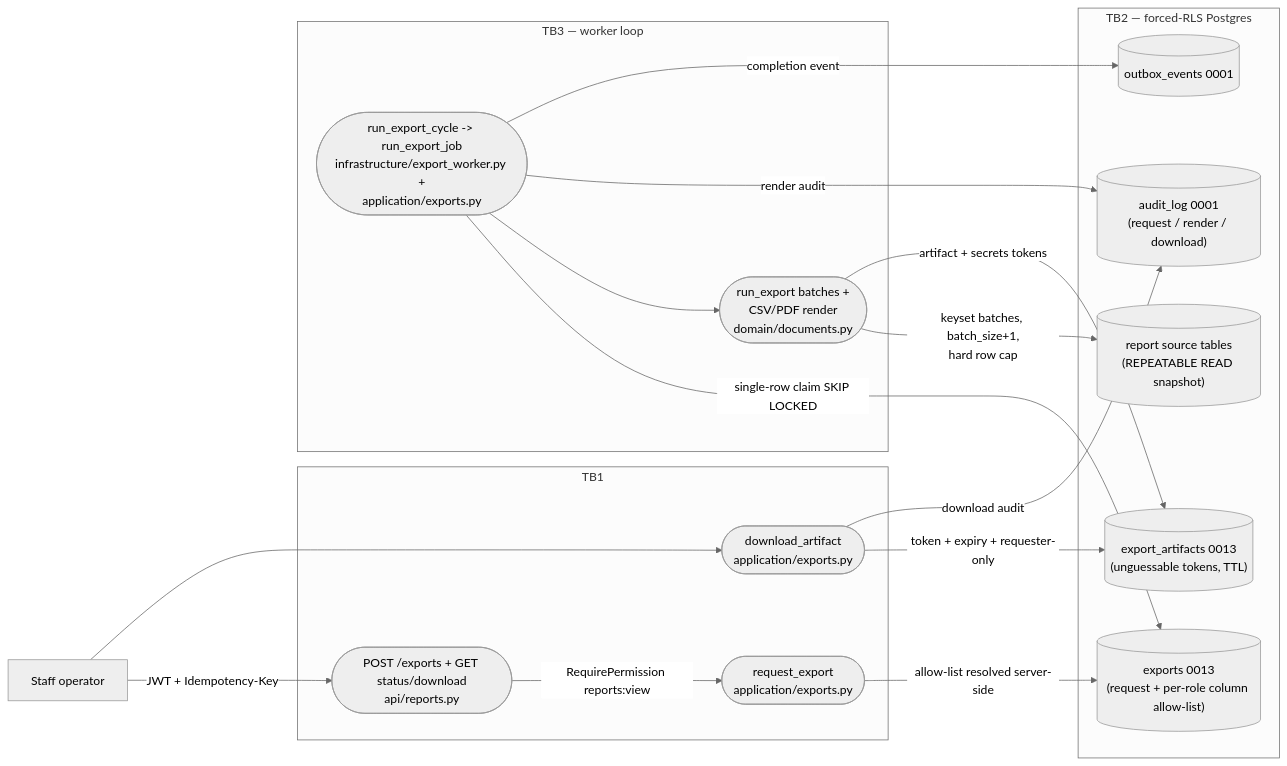
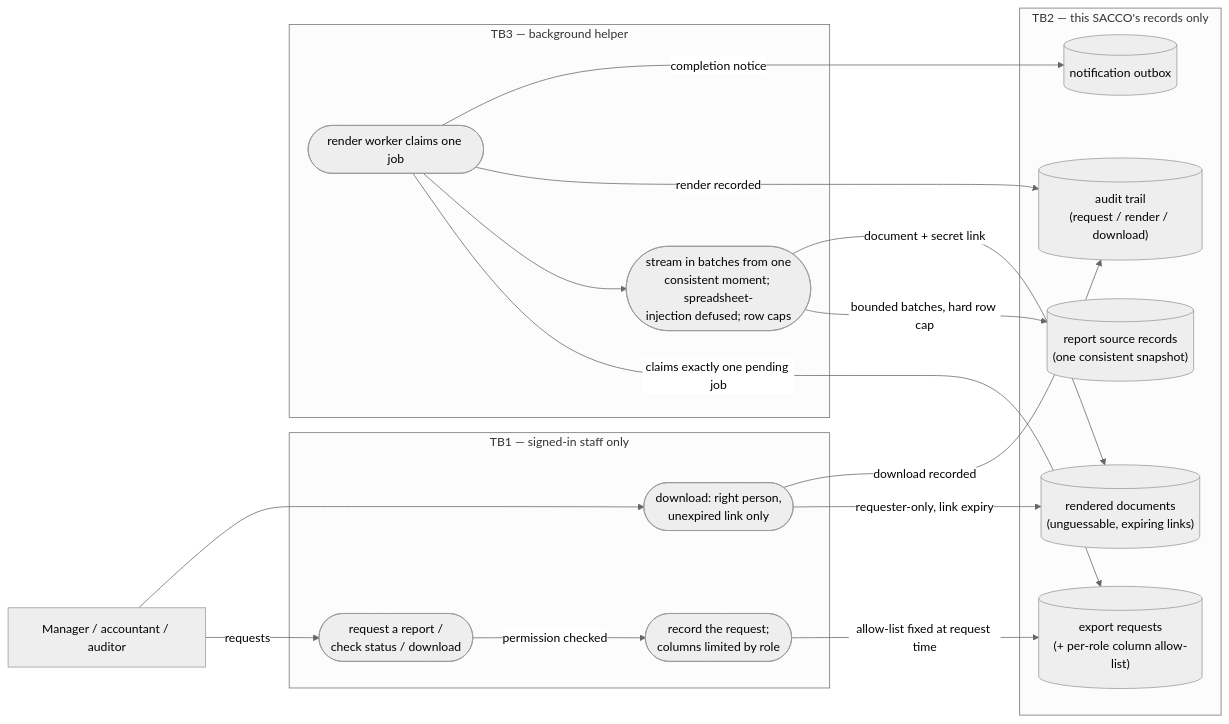
The ninth of 15 diagrams in docs/diagrams/dfd.md (Benson-Kim/genesis-sacco), drawn with Mermaid (neutral theme) before and after one commit. The commit also changed other lines of this file and 21 other files, not shown here.

Commit message:
P-DIAG drift reconciliation — as-built diagrams for !46/!47/!51/!52 + business-facing flows (docs-only)

````diff
--- a/docs/diagrams/dfd.md
+++ b/docs/diagrams/dfd.md
@@ -408,34 +518,34 @@
 ```mermaid
 flowchart LR
-    %% P-DIAG.3 F8 — authored against main @ 08541b860f1445b16c342c39b6606d86b9dbeb17
-    EXP_E1["Staff operator"]
-    subgraph TB1["TB1"]
-        EXP_P1(["POST /exports + GET status/download<br/>api/reports.py"])
-        EXP_P2(["request_export<br/>application/exports.py"])
-        EXP_P5(["download_artifact<br/>application/exports.py"])
+    %% P-DIAG.3 F8 — reconciled to main @ 8f46aa54250ff1a066af423924f3eb54a9c72fb7
+    EXP_E1["Manager / accountant / auditor"]
+    subgraph TB1["TB1 — signed-in staff only"]
+        EXP_P1(["request a report /<br/>check status / download"])
+        EXP_P2(["record the request;<br/>columns limited by role"])
+        EXP_P5(["download: right person,<br/>unexpired link only"])
     end
-    subgraph TB3["TB3 — worker loop"]
-        EXP_P3(["run_export_cycle -> run_export_job<br/>infrastructure/export_worker.py +<br/>application/exports.py"])
-        EXP_P4(["run_export batches +<br/>CSV/PDF render<br/>domain/documents.py"])
+    subgraph TB3["TB3 — background helper"]
+        EXP_P3(["render worker claims one job"])
+        EXP_P4(["stream in batches from one<br/>consistent moment; spreadsheet-<br/>injection defused; row caps"])
     end
-    subgraph TB2["TB2 — forced-RLS Postgres"]
-        EXP_S1[("exports 0013<br/>(request + per-role column allow-list)")]
-        EXP_S2[("report source tables<br/>(REPEATABLE READ snapshot)")]
-        EXP_S3[("export_artifacts 0013<br/>(unguessable tokens, TTL)")]
-        EXP_S4[("audit_log 0001<br/>(request / render / download)")]
-        EXP_S5[("outbox_events 0001")]
+    subgraph TB2["TB2 — this SACCO's records only"]
+        EXP_S1[("export requests<br/>(+ per-role column allow-list)")]
+        EXP_S2[("report source records<br/>(one consistent snapshot)")]
+        EXP_S3[("rendered documents<br/>(unguessable, expiring links)")]
+        EXP_S4[("audit trail<br/>(request / render / download)")]
+        EXP_S5[("notification outbox")]
     end
 
-    EXP_E1 -->|"JWT + Idempotency-Key"| EXP_P1
-    EXP_P1 -->|"RequirePermission reports:view"| EXP_P2
-    EXP_P2 -->|"allow-list resolved server-side"| EXP_S1
-    EXP_P3 -->|"single-row claim SKIP LOCKED"| EXP_S1
+    EXP_E1 -->|"requests"| EXP_P1
+    EXP_P1 -->|"permission checked"| EXP_P2
+    EXP_P2 -->|"allow-list fixed at request time"| EXP_S1
+    EXP_P3 -->|"claims exactly one pending job"| EXP_S1
     EXP_P3 --> EXP_P4
-    EXP_P4 -->|"keyset batches, batch_size+1,<br/>hard row cap"| EXP_S2
-    EXP_P4 -->|"artifact + secrets tokens"| EXP_S3
-    EXP_P3 -->|"render audit"| EXP_S4
-    EXP_P3 -->|"completion event"| EXP_S5
+    EXP_P4 -->|"bounded batches, hard row cap"| EXP_S2
+    EXP_P4 -->|"document + secret link"| EXP_S3
+    EXP_P3 -->|"render recorded"| EXP_S4
+    EXP_P3 -->|"completion notice"| EXP_S5
     EXP_E1 --> EXP_P5
-    EXP_P5 -->|"token + expiry + requester-only"| EXP_S3
-    EXP_P5 -->|"download audit"| EXP_S4
+    EXP_P5 -->|"requester-only, link expiry"| EXP_S3
+    EXP_P5 -->|"download recorded"| EXP_S4
 ```
````
